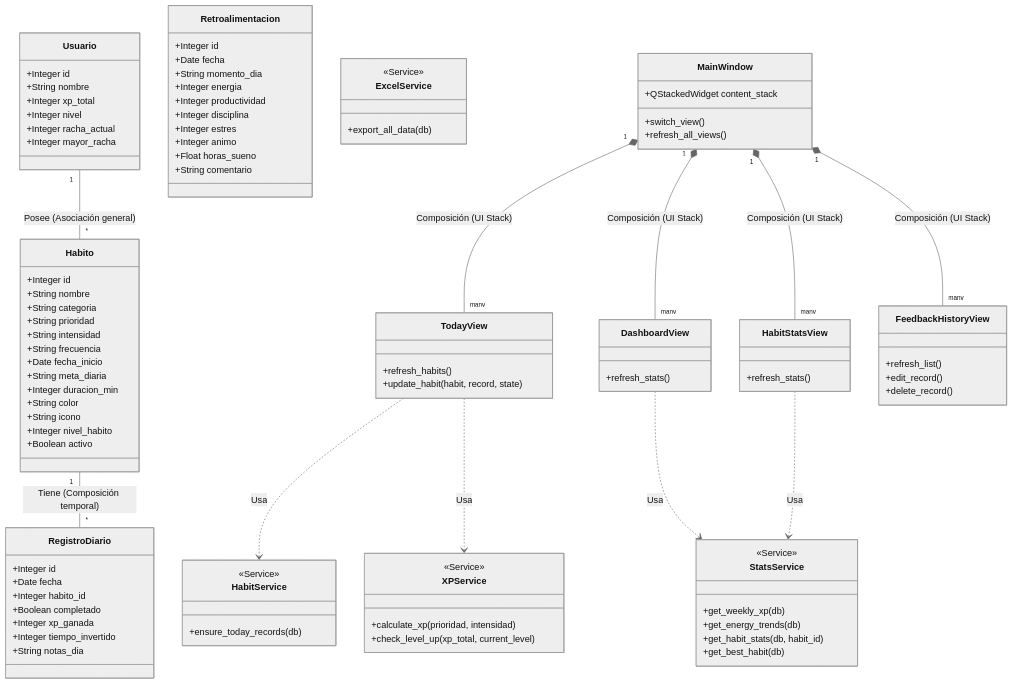
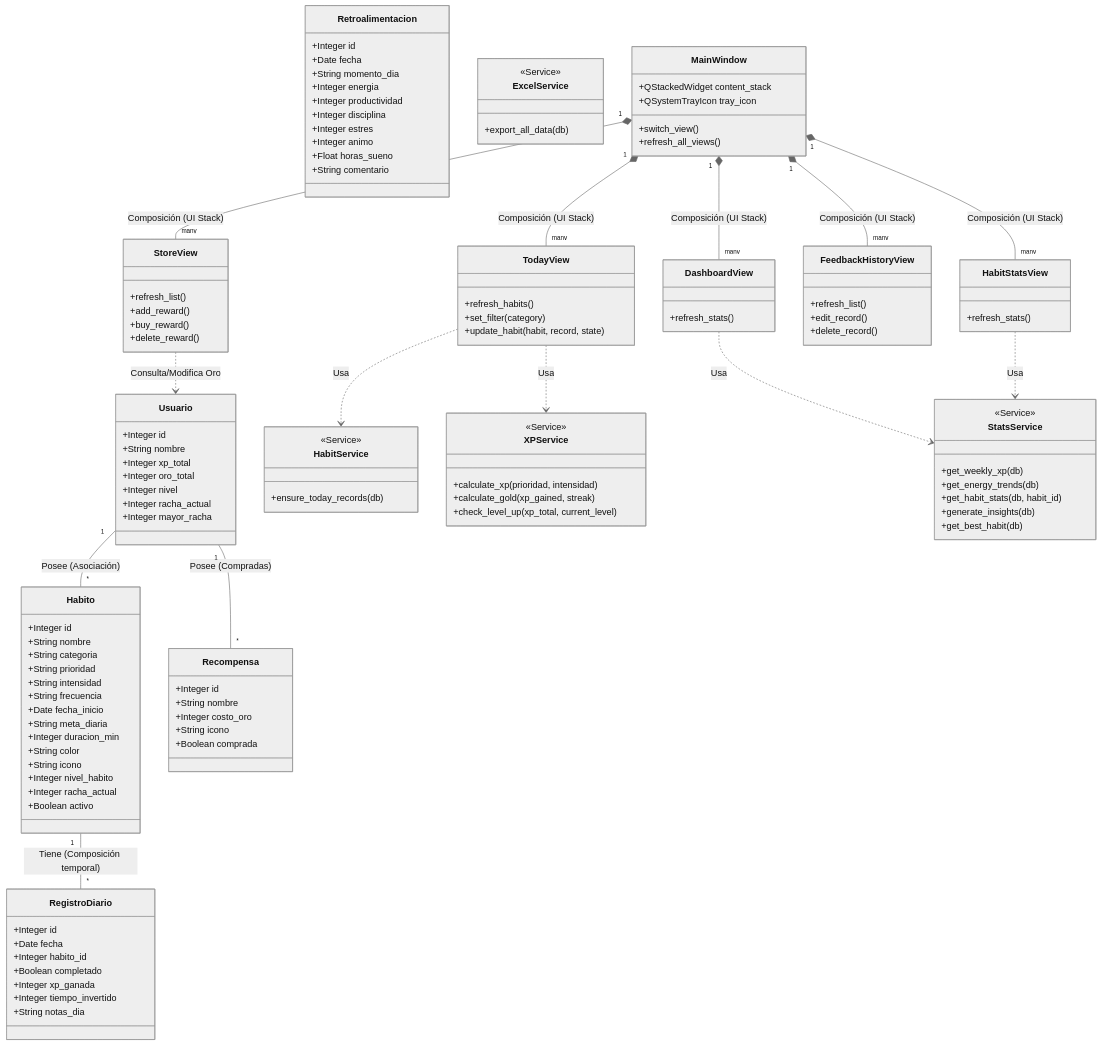
One commit to Escandonn/habitos-games-python changed the diagram in ARQUITECTURA_DEL_SISTEMA.md. Above: the diagram before and after it, drawn with Mermaid (neutral theme). The commit also changed 25 other files, not shown here.

````diff
--- a/ARQUITECTURA_DEL_SISTEMA.md
+++ b/ARQUITECTURA_DEL_SISTEMA.md
@@ -17,6 +17,7 @@
         +Integer id
         +String nombre
         +Integer xp_total
+        +Integer oro_total
         +Integer nivel
         +Integer racha_actual
         +Integer mayor_racha
@@ -35,6 +36,7 @@
         +String color
         +String icono
         +Integer nivel_habito
+        +Integer racha_actual
         +Boolean activo
     }
     
@@ -61,6 +63,14 @@
         +String comentario
     }
 
+    class Recompensa {
+        +Integer id
+        +String nombre
+        +Integer costo_oro
+        +String icono
+        +Boolean comprada
+    }
+
     %% SERVICIOS (Lógica de Negocio)
     class HabitService {
         <<Service>>
@@ -69,6 +79,7 @@
     class XPService {
         <<Service>>
         +calculate_xp(prioridad, intensidad)
+        +calculate_gold(xp_gained, streak)
         +check_level_up(xp_total, current_level)
     }
     class StatsService {
@@ -76,6 +87,7 @@
         +get_weekly_xp(db)
         +get_energy_trends(db)
         +get_habit_stats(db, habit_id)
+        +generate_insights(db)
         +get_best_habit(db)
     }
     class ExcelService {
@@ -86,11 +98,13 @@
     %% VISTAS (Presentación / PyQt6)
     class MainWindow {
         +QStackedWidget content_stack
+        +QSystemTrayIcon tray_icon
         +switch_view()
         +refresh_all_views()
     }
     class TodayView {
         +refresh_habits()
+        +set_filter(category)
         +update_habit(habit, record, state)
     }
     class DashboardView {
@@ -104,20 +118,29 @@
         +edit_record()
         +delete_record()
     }
+    class StoreView {
+        +refresh_list()
+        +add_reward()
+        +buy_reward()
+        +delete_reward()
+    }
 
     %% RELACIONES ORM / MODELO
     Habito "1" -- "*" RegistroDiario : Tiene (Composición temporal)
-    Usuario "1" -- "*" Habito : Posee (Asociación general)
+    Usuario "1" -- "*" Habito : Posee (Asociación)
+    Usuario "1" -- "*" Recompensa : Posee (Compradas)
 
     %% RELACIONES UI / CAPAS
     MainWindow "1" *-- "many" TodayView : Composición (UI Stack)
     MainWindow "1" *-- "many" DashboardView : Composición (UI Stack)
     MainWindow "1" *-- "many" HabitStatsView : Composición (UI Stack)
     MainWindow "1" *-- "many" FeedbackHistoryView : Composición (UI Stack)
+    MainWindow "1" *-- "many" StoreView : Composición (UI Stack)
 
     %% DEPENDENCIAS (Services <-> Views)
     TodayView ..> HabitService : Usa
     TodayView ..> XPService : Usa
     DashboardView ..> StatsService : Usa
     HabitStatsView ..> StatsService : Usa
+    StoreView ..> Usuario : Consulta/Modifica Oro
 ```
````
